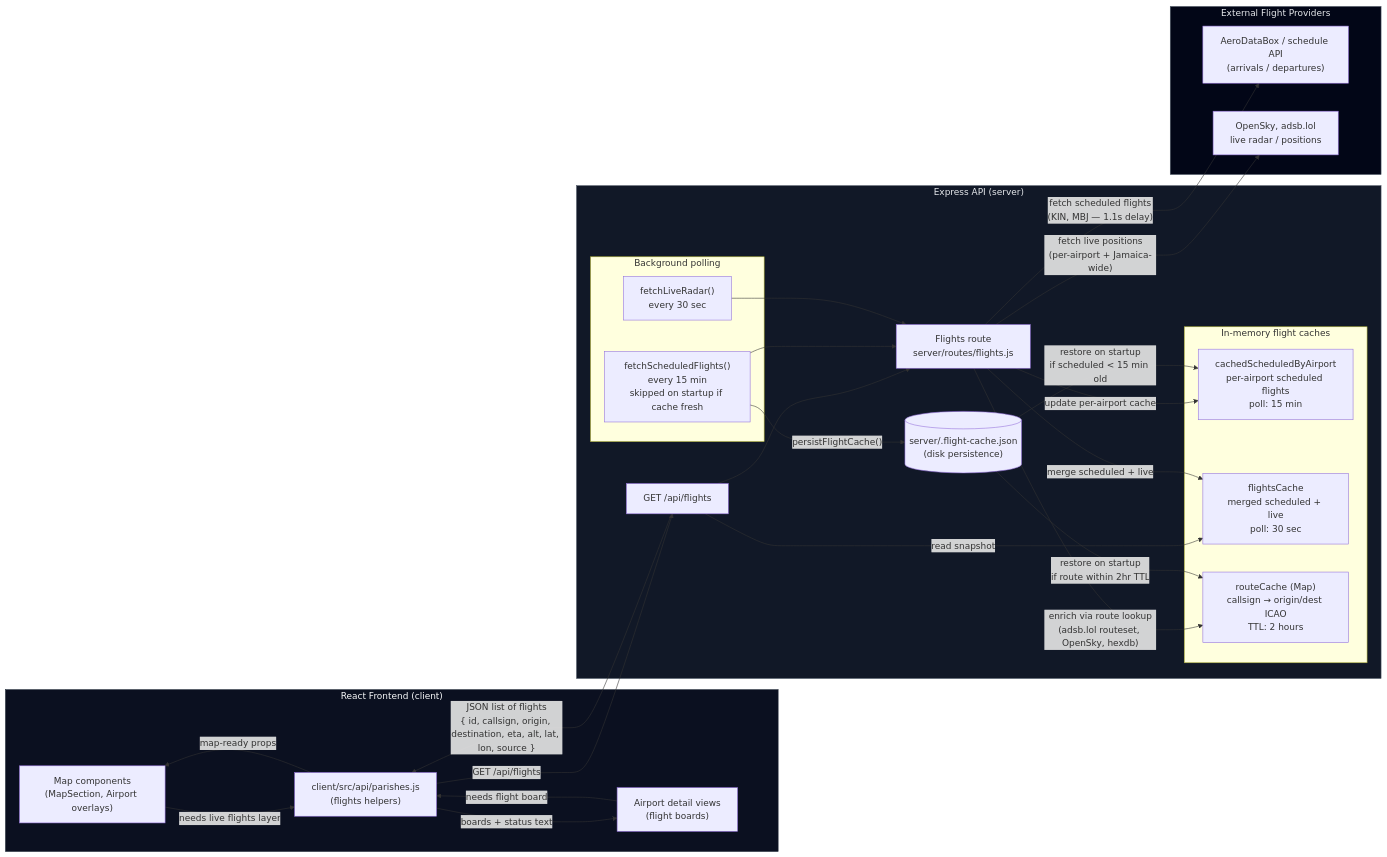
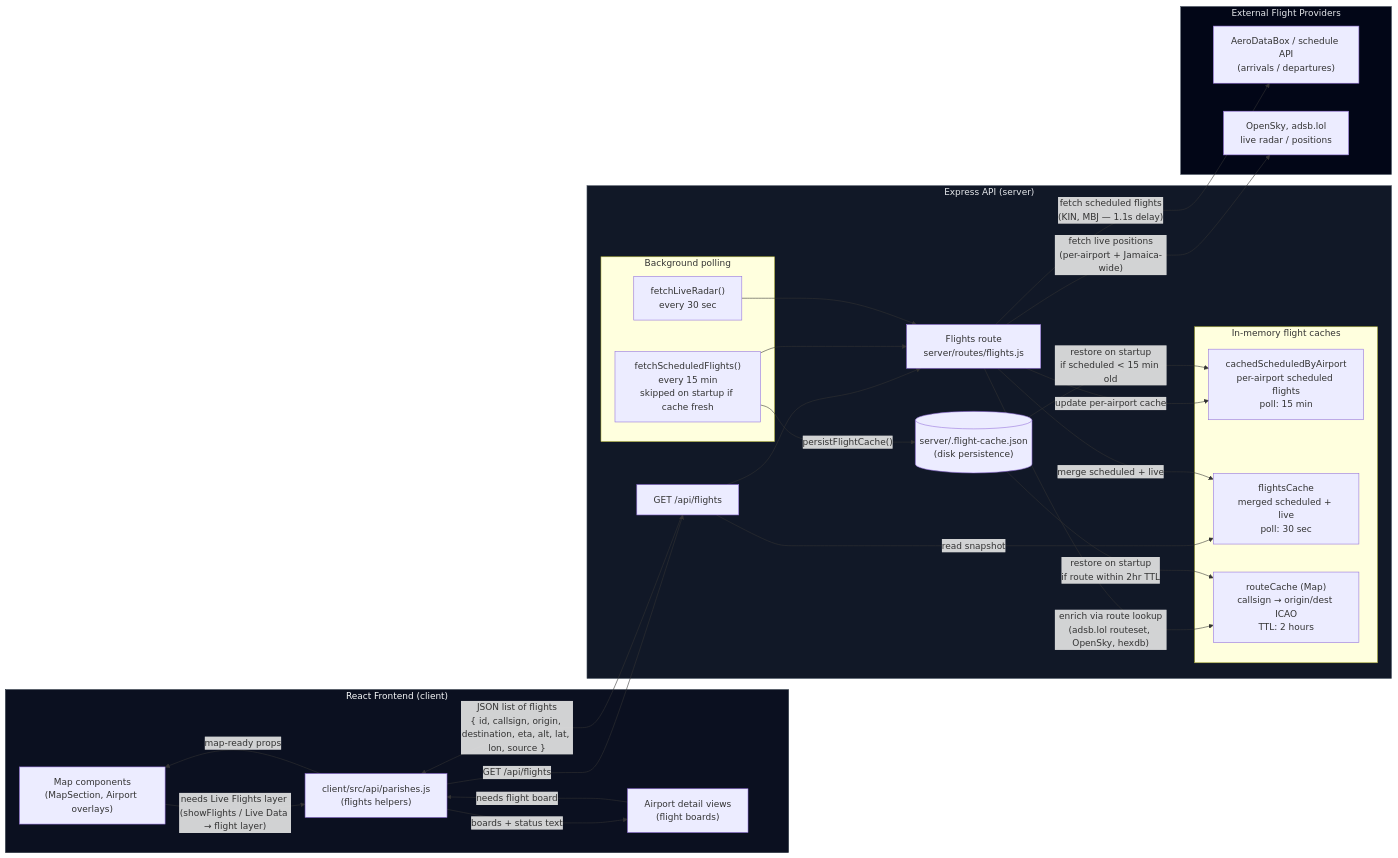
The diagram in docs/FLIGHT-DATA-DIAGRAM.md (becomeonewiththecode/jamaica-parish-explorer), drawn with Mermaid before and after one commit. The commit also changed 7 other files, not shown here.

First line of the commit message:
Set live flights off by default

````diff
--- a/docs/FLIGHT-DATA-DIAGRAM.md
+++ b/docs/FLIGHT-DATA-DIAGRAM.md
@@ -5,73 +5,73 @@
 ```mermaid
 flowchart LR
   %% Frontend
   subgraph Frontend["React Frontend (client)"]
     Map["Map components<br/>(MapSection, Airport overlays)"]
     AirportViews["Airport detail views<br/>(flight boards)"]
     FlightsApiClient["client/src/api/parishes.js<br/>(flights helpers)"]
   end
 
   %% Backend
   subgraph Backend["Express API (server)"]
     FlightsRoute["Flights route<br/>server/routes/flights.js"]
     FlightsEndpoint["GET /api/flights"]
 
     subgraph FlightCache["In-memory flight caches"]
       ScheduledCache["cachedScheduledByAirport<br/>per-airport scheduled flights<br/>poll: 15 min"]
       LiveCache["flightsCache<br/>merged scheduled + live<br/>poll: 30 sec"]
       RouteCache["routeCache (Map)<br/>callsign → origin/dest ICAO<br/>TTL: 2 hours"]
     end
 
     DiskCache[("server/.flight-cache.json<br/>(disk persistence)")]
 
     subgraph FlightJobs["Background polling"]
       ScheduledPoll["fetchScheduledFlights()<br/>every 15 min<br/>skipped on startup if cache fresh"]
       LivePoll["fetchLiveRadar()<br/>every 30 sec"]
     end
   end
 
   %% External providers
   subgraph FlightProviders["External Flight Providers"]
     Sched["AeroDataBox / schedule API<br/>(arrivals / departures)"]
     Radar["OpenSky, adsb.lol<br/>live radar / positions"]
   end
 
   %% Frontend calls backend
-  Map -->|"needs live flights layer"| FlightsApiClient
+  Map -->|"needs Live Flights layer (showFlights / Live Data → flight layer)"| FlightsApiClient
   AirportViews -->|"needs flight board"| FlightsApiClient
   FlightsApiClient -->|"GET /api/flights"| FlightsEndpoint
 
   %% Endpoint uses cache
   FlightsEndpoint -->|"read snapshot"| LiveCache
   FlightsEndpoint --> FlightsRoute
 
   %% Scheduled poll fetches from AeroDataBox (paid API)
   ScheduledPoll --> FlightsRoute
   FlightsRoute -->|"fetch scheduled flights<br/>(KIN, MBJ — 1.1s delay)"| Sched
   FlightsRoute -->|"update per-airport cache"| ScheduledCache
 
   %% Live poll fetches from free radar APIs
   LivePoll --> FlightsRoute
   FlightsRoute -->|"fetch live positions<br/>(per-airport + Jamaica-wide)"| Radar
   FlightsRoute -->|"enrich via route lookup<br/>(adsb.lol routeset, OpenSky, hexdb)"| RouteCache
   FlightsRoute -->|"merge scheduled + live"| LiveCache
 
   %% Disk persistence: scheduled + routes written after each scheduled fetch and every 5 min
   ScheduledPoll -->|"persistFlightCache()"| DiskCache
   DiskCache -->|"restore on startup<br/>if scheduled &lt; 15 min old"| ScheduledCache
   DiskCache -->|"restore on startup<br/>if route within 2hr TTL"| RouteCache
 
   %% Data back to frontend
   FlightsEndpoint -->|"JSON list of flights<br/>{ id, callsign, origin, destination, eta, alt, lat, lon, source }"| FlightsApiClient
   FlightsApiClient -->|"map-ready props"| Map
   FlightsApiClient -->|"boards + status text"| AirportViews
 
   %% Legend
   classDef frontend fill:#0b1020,stroke:#1f2937,color:#f9fafb;
   classDef backend fill:#111827,stroke:#4b5563,color:#e5e7eb;
   classDef external fill:#020617,stroke:#4b5563,color:#e5e7eb;
 
   class Frontend frontend;
   class Backend backend;
   class FlightProviders external;
 ```
````
